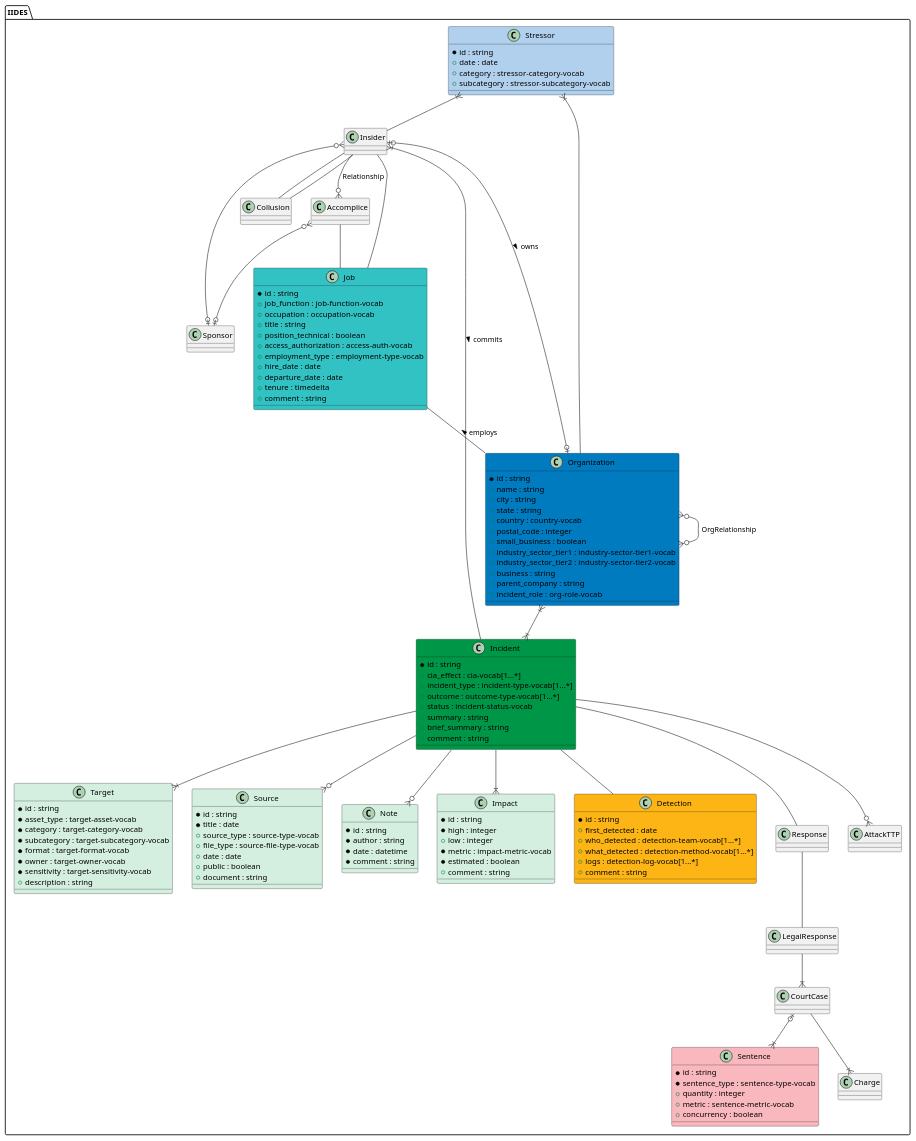
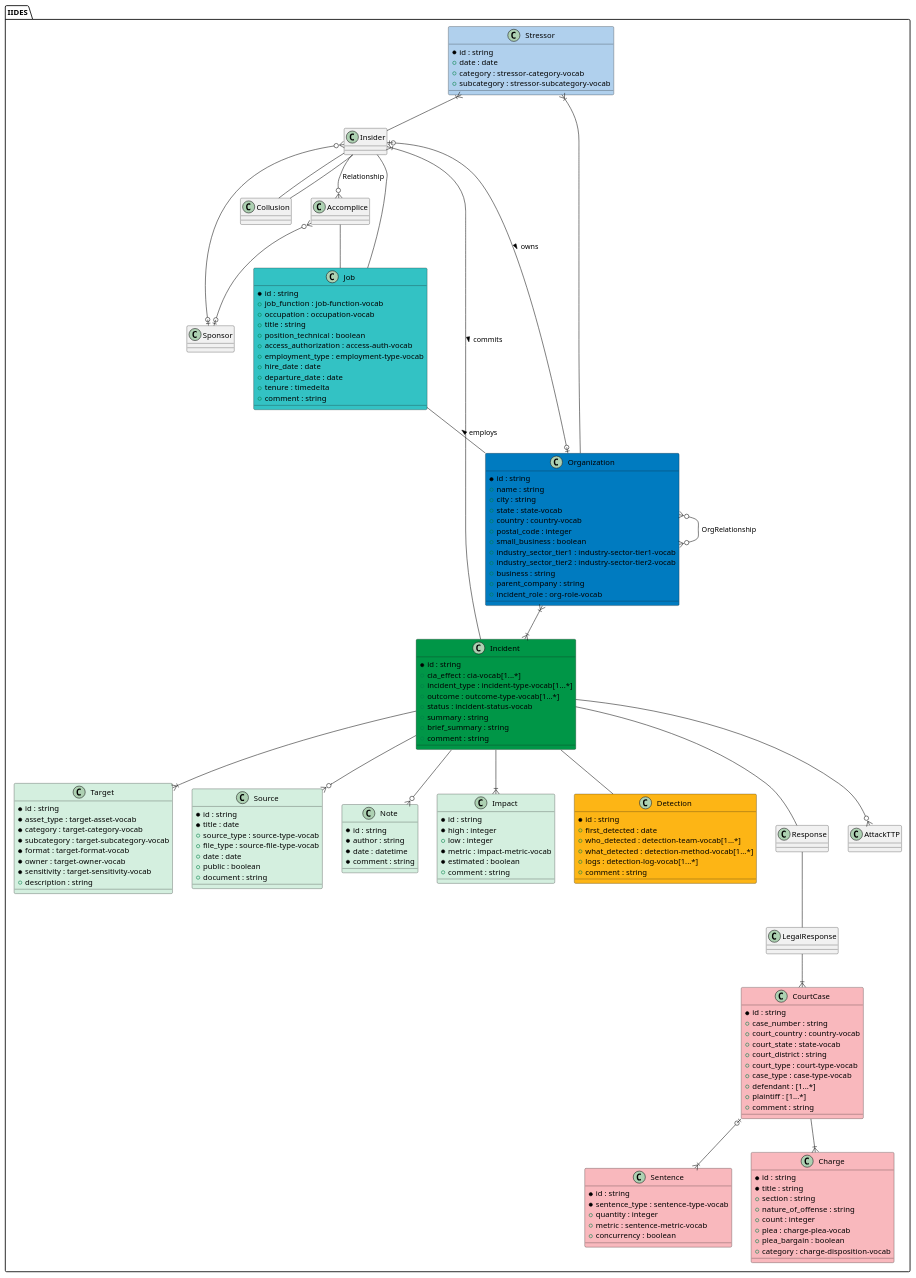
The diagram in UML/source/iides.wsd (cmu-sei/iides), drawn with PlantUML before and after one commit. The commit also changed 32 other files, not shown here.

```diff
--- a/UML/source/iides.wsd
+++ b/UML/source/iides.wsd
@@ -1,123 +1,145 @@
 @startuml IIDES
 package "IIDES" #fff {
 
 
 class Stressor #b0d0ed {
 	* id : string 
 	+ date : date 
 	+ category : stressor-category-vocab 
 	+ subcategory : stressor-subcategory-vocab 
 }
 class Target #D4EFDF {
 	* id : string 
 	* asset_type : target-asset-vocab 
 	* category : target-category-vocab 
 	* subcategory : target-subcategory-vocab 
 	* format : target-format-vocab 
 	* owner : target-owner-vocab 
 	* sensitivity : target-sensitivity-vocab 
 	+ description : string 
 }
 class Incident #009647 {
 	* id : string 
 	+ cia_effect : cia-vocab[1...*] 
 	+ incident_type : incident-type-vocab[1...*] 
 	+ outcome : outcome-type-vocab[1...*] 
 	+ status : incident-status-vocab 
 	+ summary : string 
 	+ brief_summary : string 
 	+ comment : string 
 }
 class Source #D4EFDF {
 	* id : string 
 	* title : date 
 	+ source_type : source-type-vocab 
 	+ file_type : source-file-type-vocab 
 	+ date : date 
 	+ public : boolean 
 	+ document : string 
 }
 class Note #D4EFDF {
 	* id : string 
 	* author : string 
 	* date : datetime 
 	* comment : string 
 }
 class Sentence #f9b8bd {
 	* id : string 
 	* sentence_type : sentence-type-vocab 
 	+ quantity : integer 
 	+ metric : sentence-metric-vocab 
 	+ concurrency : boolean 
 }
 class Job #33c2C4 {
 	* id : string 
 	+ job_function : job-function-vocab 
 	+ occupation : occupation-vocab 
 	+ title : string 
 	+ position_technical : boolean 
 	+ access_authorization : access-auth-vocab 
 	+ employment_type : employment-type-vocab 
 	+ hire_date : date 
 	+ departure_date : date 
 	+ tenure : timedelta 
 	+ comment : string 
 }
+class Charge #f9b8bd {
+	* id : string 
+	* title : string 
+	+ section : string 
+	+ nature_of_offense : string 
+	+ count : integer 
+	+ plea : charge-plea-vocab 
+	+ plea_bargain : boolean 
+	+ category : charge-disposition-vocab 
+}
 class Impact #D4EFDF {
 	* id : string 
 	* high : integer 
 	+ low : integer 
 	* metric : impact-metric-vocab 
 	* estimated : boolean 
 	+ comment : string 
 }
 class Organization #007BC0 {
 	* id : string 
 	+ name : string 
 	+ city : string 
-	+ state : string 
+	+ state : state-vocab 
 	+ country : country-vocab 
 	+ postal_code : integer 
 	+ small_business : boolean 
 	+ industry_sector_tier1 : industry-sector-tier1-vocab 
 	+ industry_sector_tier2 : industry-sector-tier2-vocab 
 	+ business : string 
 	+ parent_company : string 
 	+ incident_role : org-role-vocab 
+}
+class CourtCase #f9b8bd {
+	* id : string 
+	+ case_number : string 
+	+ court_country : country-vocab 
+	+ court_state : state-vocab 
+	+ court_district : string 
+	+ court_type : court-type-vocab 
+	+ case_type : case-type-vocab 
+	+ defendant : [1...*] 
+	+ plaintiff : [1...*] 
+	+ comment : string 
 }
 class Detection #FDB515 {
 	* id : string 
 	+ first_detected : date 
 	+ who_detected : detection-team-vocab[1...*] 
 	+ what_detected : detection-method-vocab[1...*] 
 	+ logs : detection-log-vocab[1...*] 
 	+ comment : string 
 }
 
     Insider --o{ Accomplice : Relationship
     Incident --|{ Insider : commits <
     Accomplice -- Job
     Job -- Organization : employs <
     Insider -- Job
     Organization }|--|{ Incident
     Organization }o--o{ Organization : OrgRelationship
     Insider }o--o| Sponsor
     Accomplice }o--o| Sponsor
     Insider |o--o| Organization : owns >
     Insider -- Collusion
     Collusion -- Insider
     Incident --|{ Impact
     Incident --|{ Target
     Incident --o{ Source
     Incident --o{ Note
     CourtCase --|{ Charge
     CourtCase |o--|{ Sentence
     Incident -- Detection
     Incident -- Response
     Response -- LegalResponse
     LegalResponse --|{ CourtCase
     Organization --|{ Stressor
     Stressor }|-- Insider
     Incident --o{ AttackTTP
 }
 @enduml
```
